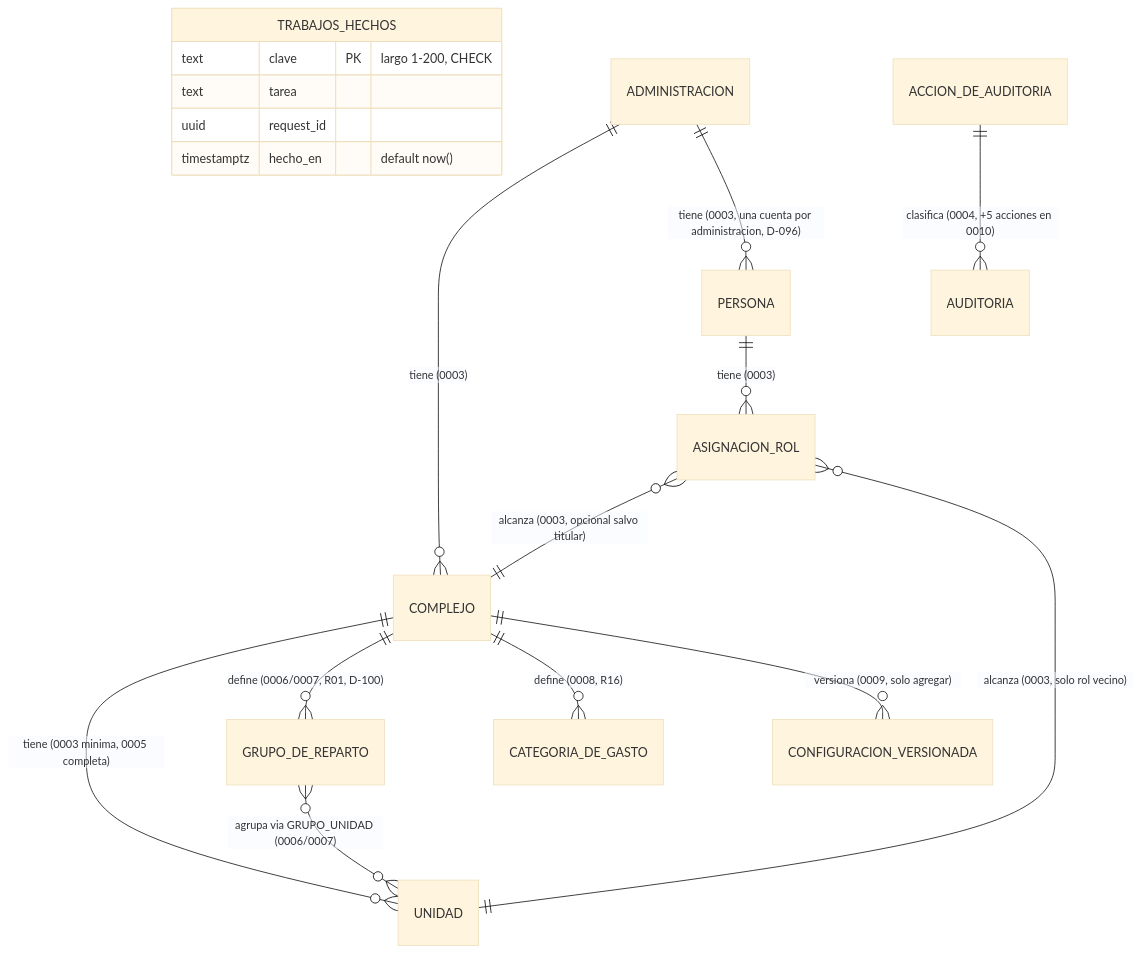
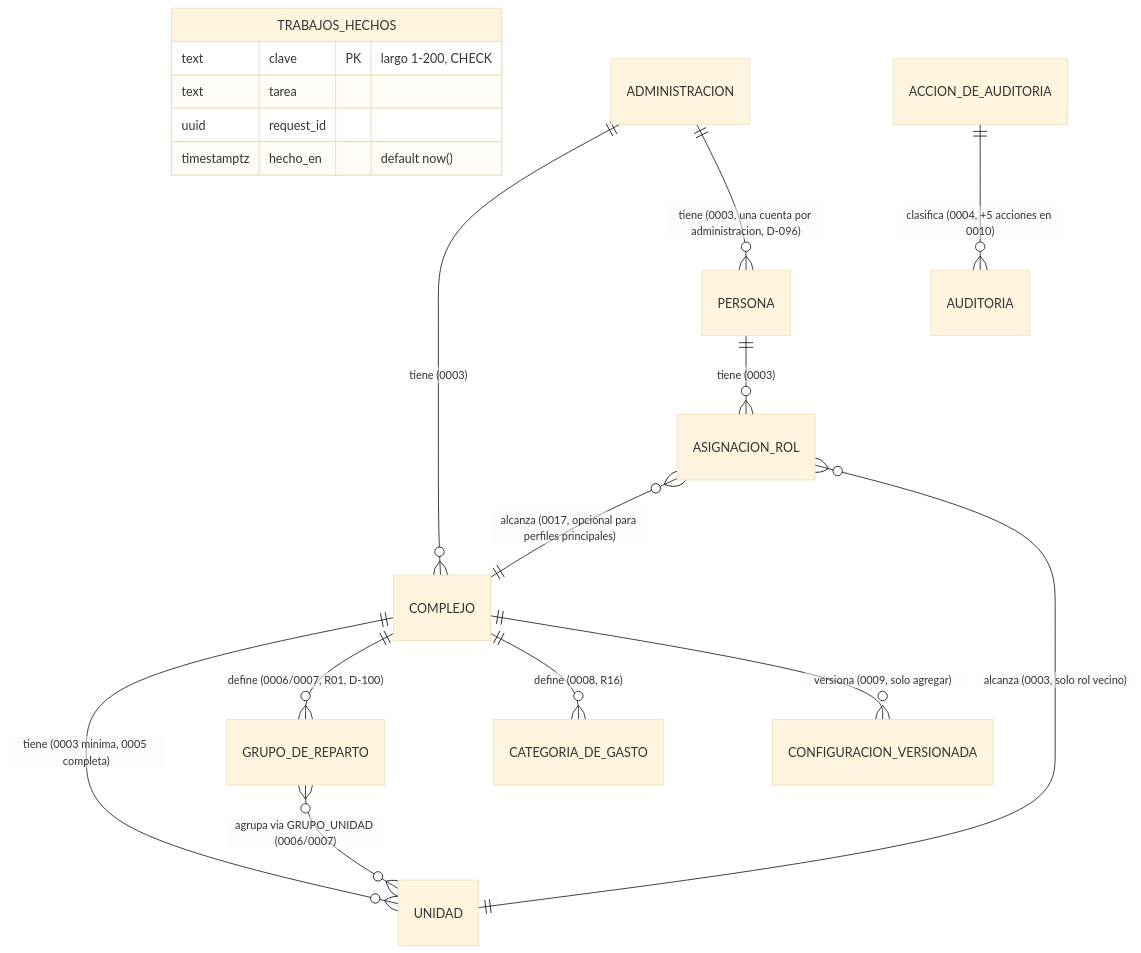
The first of 2 diagrams in knowledge-base/04_modelo_de_datos.md (JuaniSarmiento/proptech), drawn with Mermaid (base theme) before and after one commit. The commit also changed other lines of this file and 18 other files, not shown here.

````diff
--- a/knowledge-base/04_modelo_de_datos.md
+++ b/knowledge-base/04_modelo_de_datos.md
@@ -39,20 +40,20 @@
 ```mermaid
 erDiagram
     TRABAJOS_HECHOS {
         text clave PK "largo 1-200, CHECK"
         text tarea
         uuid request_id
         timestamptz hecho_en "default now()"
     }
     ADMINISTRACION ||--o{ COMPLEJO : "tiene (0003)"
     ADMINISTRACION ||--o{ PERSONA : "tiene (0003, una cuenta por administracion, D-096)"
     COMPLEJO ||--o{ UNIDAD : "tiene (0003 minima, 0005 completa)"
     COMPLEJO ||--o{ GRUPO_DE_REPARTO : "define (0006/0007, R01, D-100)"
     GRUPO_DE_REPARTO }o--o{ UNIDAD : "agrupa via GRUPO_UNIDAD (0006/0007)"
     COMPLEJO ||--o{ CATEGORIA_DE_GASTO : "define (0008, R16)"
     COMPLEJO ||--o{ CONFIGURACION_VERSIONADA : "versiona (0009, solo agregar)"
     PERSONA ||--o{ ASIGNACION_ROL : "tiene (0003)"
-    ASIGNACION_ROL }o--|| COMPLEJO : "alcanza (0003, opcional salvo titular)"
+    ASIGNACION_ROL }o--|| COMPLEJO : "alcanza (0017, opcional para perfiles principales)"
     ASIGNACION_ROL }o--|| UNIDAD : "alcanza (0003, solo rol vecino)"
     ACCION_DE_AUDITORIA ||--o{ AUDITORIA : "clasifica (0004, +5 acciones en 0010)"
 ```
````
